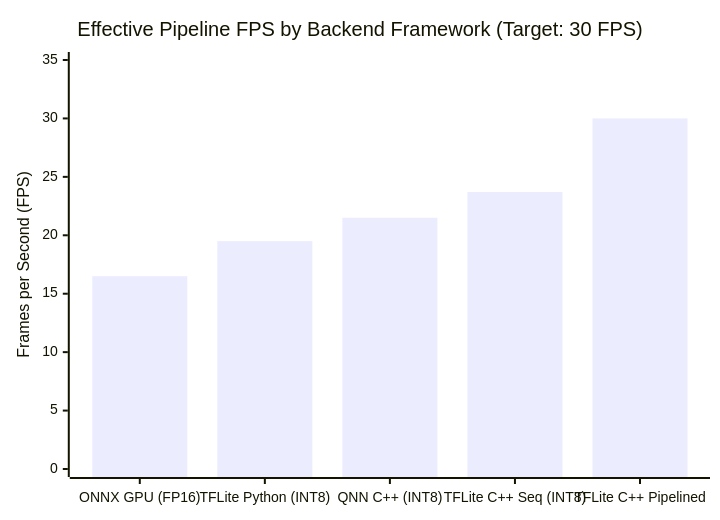
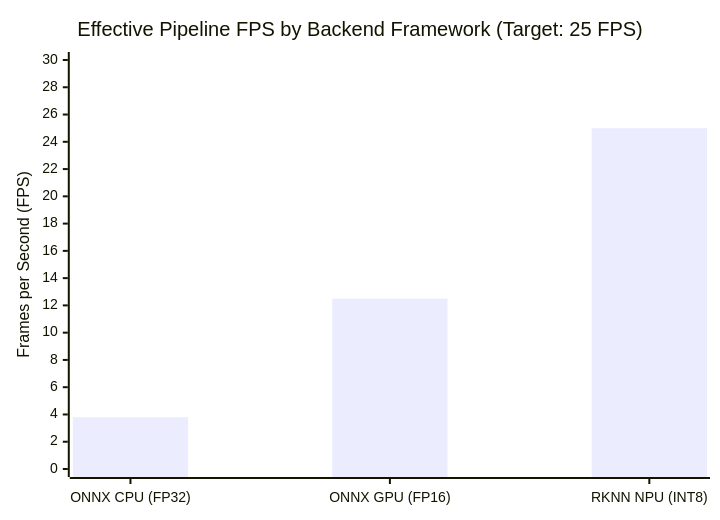
Before and after one commit to zok213/DAT1: the first of 5 diagrams in README.md, drawn with Mermaid. The commit also changed other lines of this file and 3 other files, not shown here.

````diff
--- a/README.md
+++ b/README.md
@@ -18,7 +16,7 @@
 ```mermaid
 xychart-beta
-    title "Effective Pipeline FPS by Backend Framework (Target: 30 FPS)"
-    x-axis ["ONNX GPU (FP16)", "TFLite Python (INT8)", "QNN C++ (INT8)", "TFLite C++ Seq (INT8)", "TFLite C++ Pipelined"]
-    y-axis "Frames per Second (FPS)" 0 --> 35
-    bar [16.5, 19.5, 21.5, 23.7, 30.0]
+    title "Effective Pipeline FPS by Backend Framework (Target: 25 FPS)"
+    x-axis ["ONNX CPU (FP32)", "ONNX GPU (FP16)", "RKNN NPU (INT8)"]
+    y-axis "Frames per Second (FPS)" 0 --> 30
+    bar [3.8, 12.5, 25.0]
 ```
````
